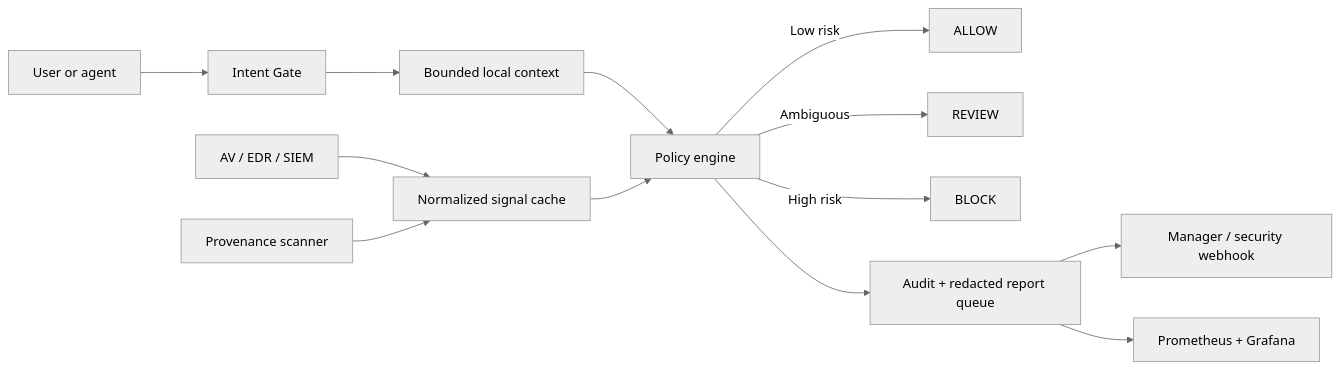
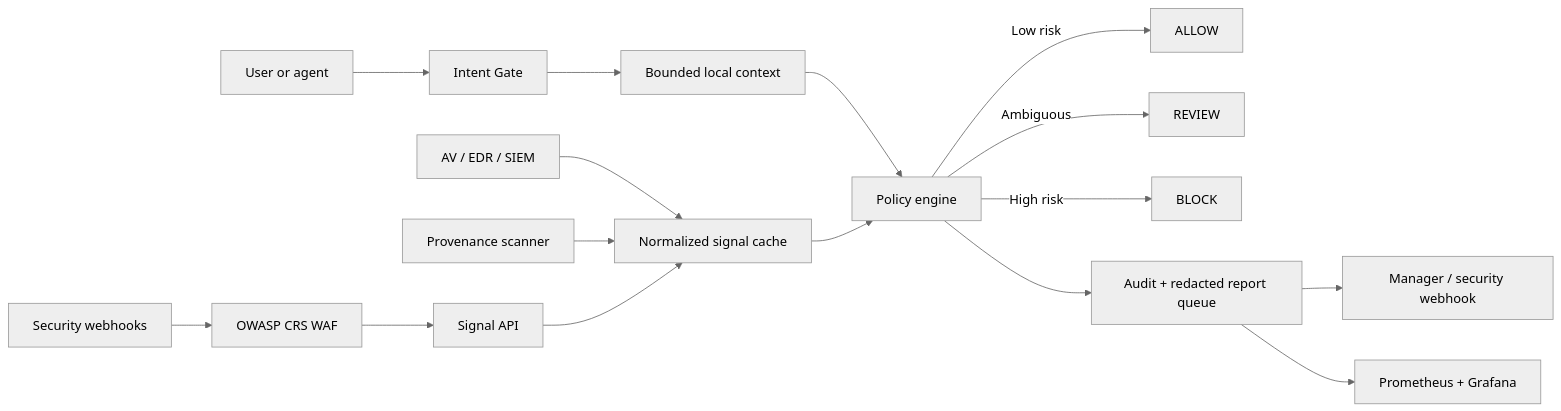
One commit to BB-AI-Arena/User-Intent-AI-Security changed the diagram in README.md. Above: the diagram before and after it, drawn with Mermaid (neutral theme). The commit also changed other lines of this file and 14 other files, not shown here.

First line of the commit message:
Add OWASP CRS web application firewall

````diff
--- a/README.md
+++ b/README.md
@@ -53,15 +55,18 @@
 ```mermaid
 flowchart LR
     U["User or agent"] --> G["Intent Gate"]
     G --> C["Bounded local context"]
     C --> P["Policy engine"]
     AV["AV / EDR / SIEM"] --> N["Normalized signal cache"]
     S["Provenance scanner"] --> N
+    X["Security webhooks"] --> W["OWASP CRS WAF"]
+    W --> API["Signal API"]
+    API --> N
     N --> P
     P -->|"Low risk"| A["ALLOW"]
     P -->|"Ambiguous"| R["REVIEW"]
     P -->|"High risk"| B["BLOCK"]
     P --> Q["Audit + redacted report queue"]
     Q --> M["Manager / security webhook"]
     Q --> O["Prometheus + Grafana"]
 ```
````
